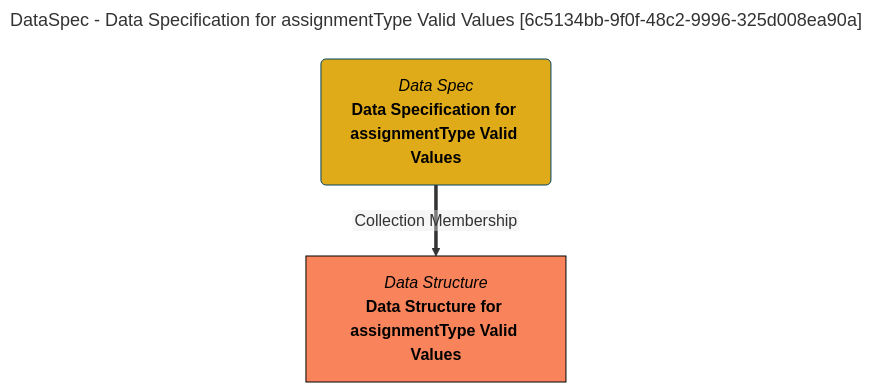
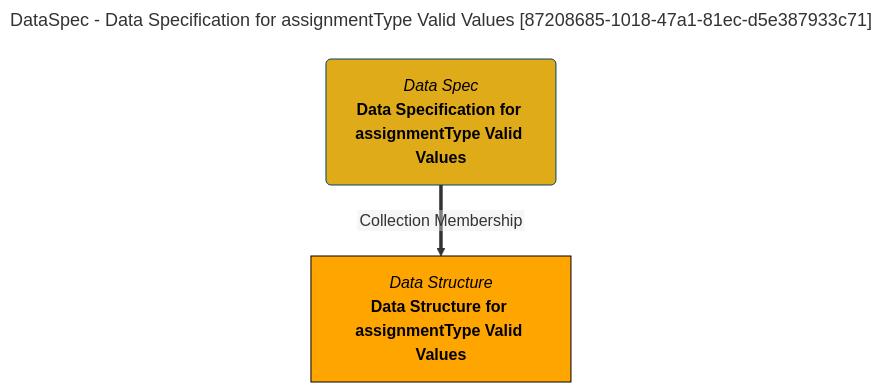
One commit to odpi/egeria-docs changed the diagram in site/snippets/collections/data-specs/data-specification-for-assignmenttype-valid-values-mermaid-graph.md. Above: the diagram before and after it, drawn with Mermaid. The commit also changed 2201 other files, not shown here.

````diff
--- a/site/snippets/collections/data-specs/data-specification-for-assignmenttype-valid-values-mermaid-graph.md
+++ b/site/snippets/collections/data-specs/data-specification-for-assignmenttype-valid-values-mermaid-graph.md
@@ -1,15 +1,15 @@
 ```mermaid
 ---
-title: DataSpec - Data Specification for assignmentType Valid Values [6c5134bb-9f0f-48c2-9996-325d008ea90a]
+title: DataSpec - Data Specification for assignmentType Valid Values [87208685-1018-47a1-81ec-d5e387933c71]
 ---
 flowchart TD
 %%{init: {"flowchart": {"htmlLabels": false}} }%%
 
 1@{ shape: rounded, label: "*Data Spec*
 **Data Specification for assignmentType Valid Values**"}
 2@{ shape: rect, label: "*Data Structure*
 **Data Structure for assignmentType Valid Values**"}
 1==>|"Collection Membership"|2
 style 1 color:#000000, fill:#e0ab18, stroke:#004563
-style 2 color:#000000, fill:#f9845b, stroke:#000000
+style 2 color:#000000, fill:#FFA500, stroke:#000000
 ```
````
